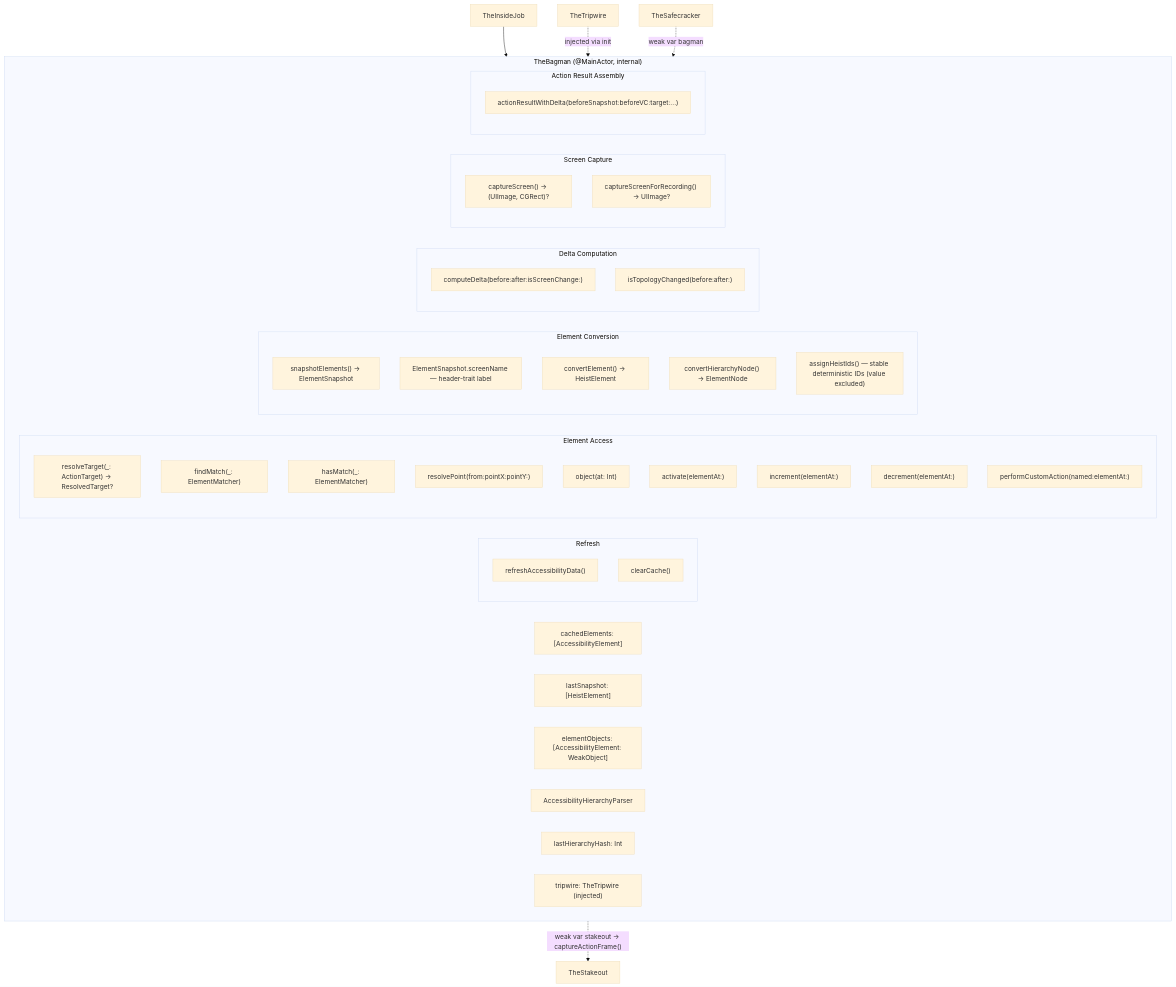
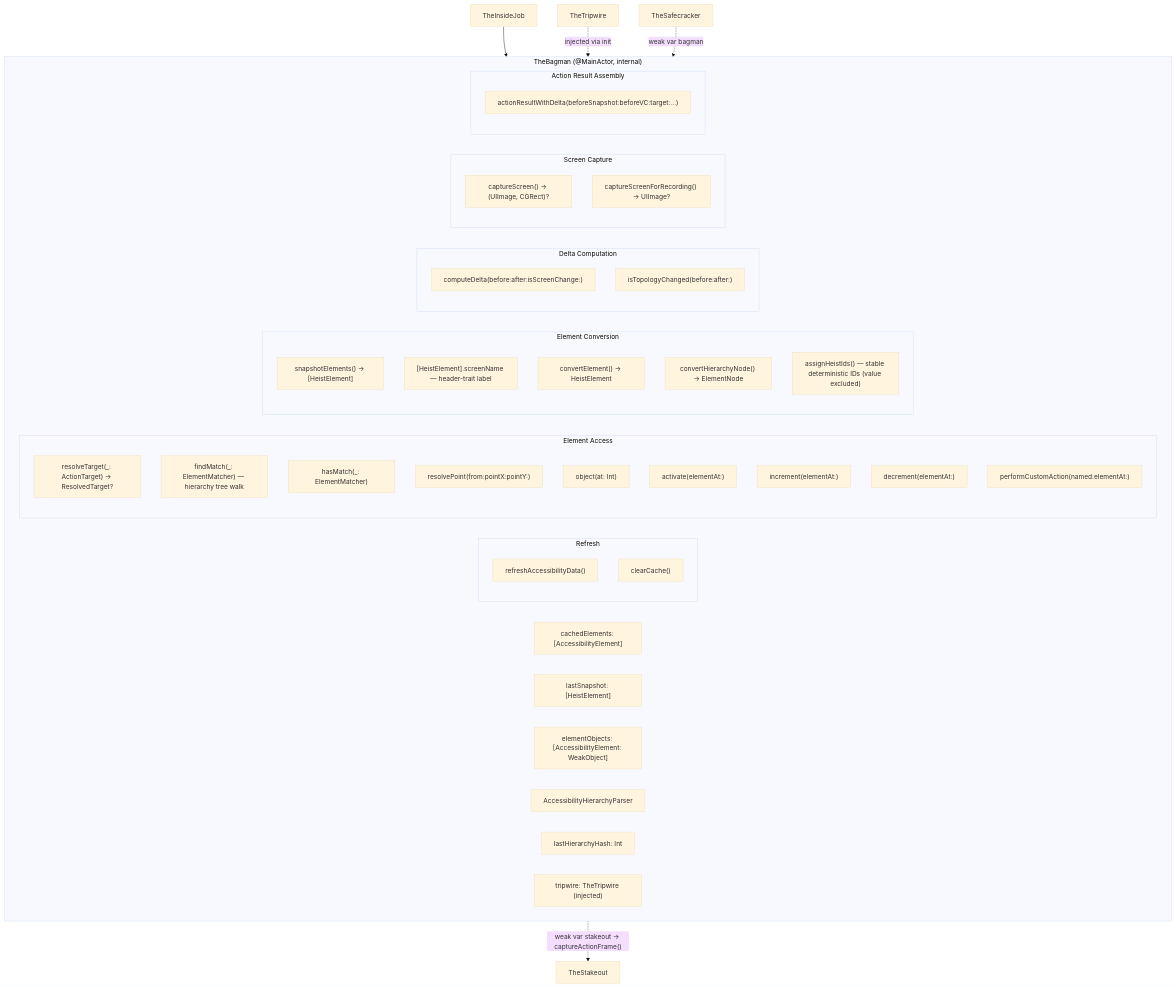
One commit to RoyalPineapple/TheButtonHeist changed the first of 4 diagrams in docs/dossiers/13-THEBAGMAN.md. Above: the diagram before and after it, drawn with Mermaid (base theme). The commit also changed other lines of this file and 20 other files, not shown here.

First line of the commit message:
Simplify snapshot architecture, add wait_for CLI, settle-driven polling

````diff
--- a/docs/dossiers/13-THEBAGMAN.md
+++ b/docs/dossiers/13-THEBAGMAN.md
@@ -25,55 +25,55 @@
 ```mermaid
 graph TD
     subgraph TheBagman["TheBagman (@MainActor, internal)"]
         Cache["cachedElements: [AccessibilityElement]"]
         LastSnap["lastSnapshot: [HeistElement]"]
         WeakRefs["elementObjects: [AccessibilityElement: WeakObject]"]
         Parser["AccessibilityHierarchyParser"]
         Hash["lastHierarchyHash: Int"]
         Tripwire["tripwire: TheTripwire (injected)"]
 
         subgraph Refresh["Refresh"]
             RefreshData["refreshAccessibilityData()"]
             ClearCache["clearCache()"]
         end
 
         subgraph ElementAccess["Element Access"]
             ResolveTarget["resolveTarget(_: ActionTarget) → ResolvedTarget?"]
-            FindMatch["findMatch(_: ElementMatcher)"]
+            FindMatch["findMatch(_: ElementMatcher) — hierarchy tree walk"]
             HasMatch["hasMatch(_: ElementMatcher)"]
             ResolvePoint["resolvePoint(from:pointX:pointY:)"]
             ObjectAt["object(at: Int)"]
             Activate["activate(elementAt:)"]
             Increment["increment(elementAt:)"]
             Decrement["decrement(elementAt:)"]
             CustomAction["performCustomAction(named:elementAt:)"]
         end
 
         subgraph Conversion["Element Conversion"]
-            Snapshot["snapshotElements() → ElementSnapshot"]
-            ScreenName["ElementSnapshot.screenName — header-trait label"]
+            Snapshot["snapshotElements() → [HeistElement]"]
+            ScreenName["[HeistElement].screenName — header-trait label"]
             Convert["convertElement() → HeistElement"]
             ConvertTree["convertHierarchyNode() → ElementNode"]
             AssignIds["assignHeistIds() — stable deterministic IDs (value excluded)"]
         end
 
         subgraph Delta["Delta Computation"]
             ComputeDelta["computeDelta(before:after:isScreenChange:)"]
             TopoChanged["isTopologyChanged(before:after:)"]
         end
 
         subgraph Screen["Screen Capture"]
             CaptureScreen["captureScreen() → (UIImage, CGRect)?"]
             CaptureRecording["captureScreenForRecording() → UIImage?"]
         end
 
         subgraph ActionResult["Action Result Assembly"]
             ResultDelta["actionResultWithDelta(beforeSnapshot:beforeVC:target:...)"]
         end
     end
 
     TheInsideJob["TheInsideJob"] --> TheBagman
     TheTripwire["TheTripwire"] -.->|injected via init| TheBagman
     TheSafecracker["TheSafecracker"] -.->|weak var bagman| TheBagman
     TheBagman -.->|"weak var stakeout → captureActionFrame()"| TheStakeout["TheStakeout"]
 ```
````
